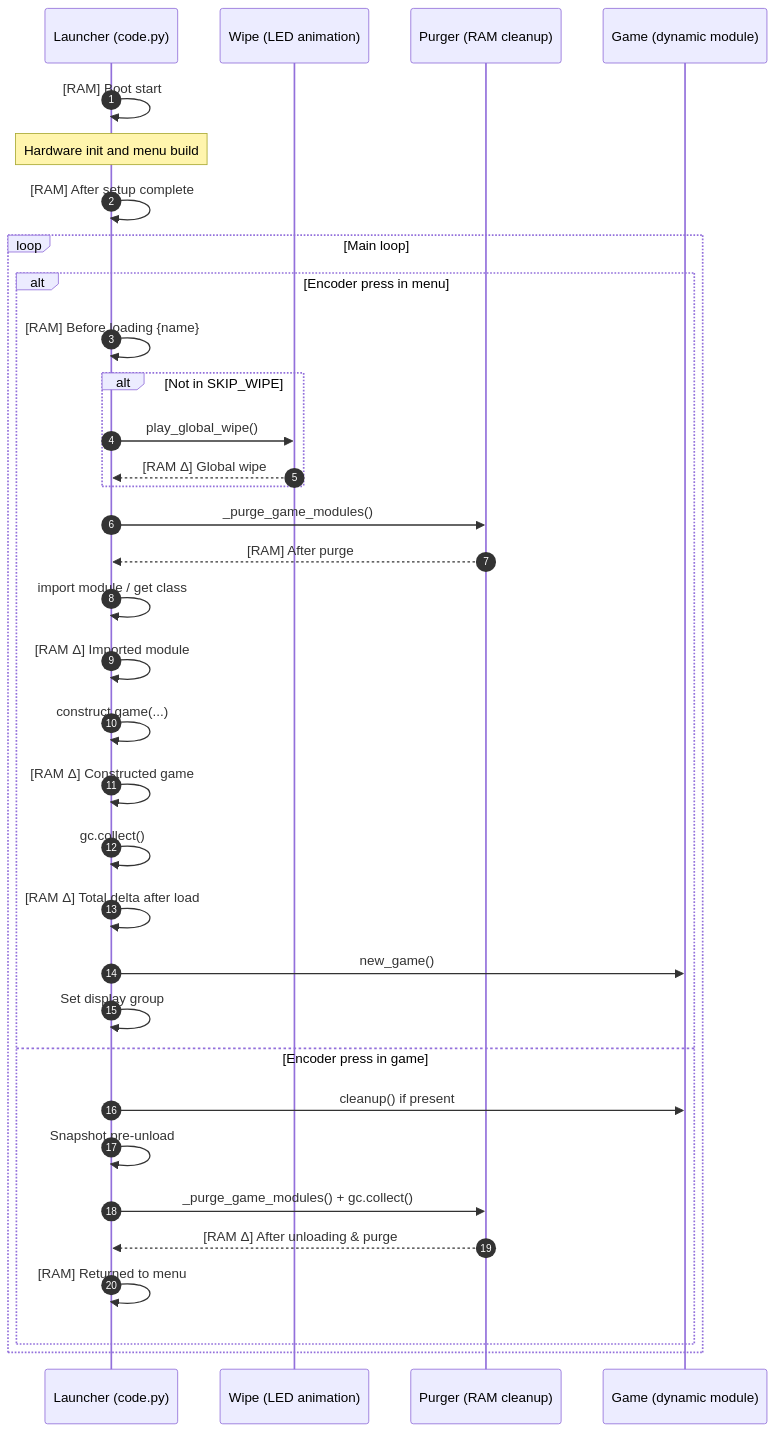
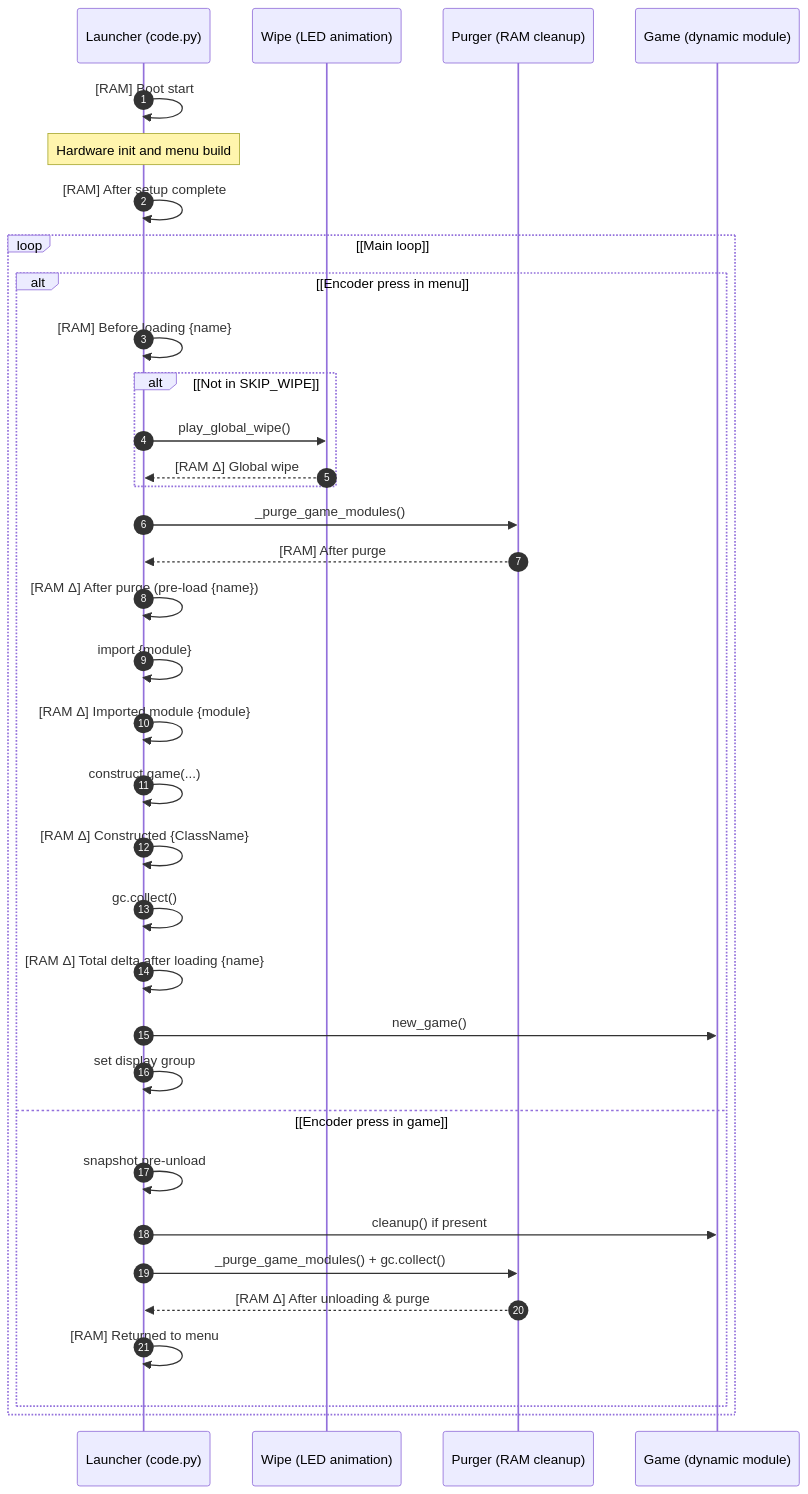
Before and after one commit to mathan416/merlin: the diagram in README_codepy.md, drawn with Mermaid.

Commit message:
Updated diagram

````diff
--- a/README_codepy.md
+++ b/README_codepy.md
@@ -193,49 +193,39 @@
 ```mermaid
 sequenceDiagram
     autonumber
     participant L as Launcher (code.py)
     participant W as Wipe (LED animation)
     participant P as Purger (RAM cleanup)
     participant G as Game (dynamic module)
 
-    %% Boot and initialization
     L->>L: [RAM] Boot start
-    note over L: Hardware init and menu build
+    Note over L: Hardware init and menu build
     L->>L: [RAM] After setup complete
 
-    %% Main loop handles encoder presses
-    loop Main loop
-        alt Encoder press in menu
+    loop [Main loop]
+        alt [Encoder press in menu]
             L->>L: [RAM] Before loading {name}
-
-            %% Optional wipe animation
-            alt Not in SKIP_WIPE
+            alt [Not in SKIP_WIPE]
                 L->>W: play_global_wipe()
                 W-->>L: [RAM Δ] Global wipe
             end
-
-            %% Purge previous game modules
             L->>P: _purge_game_modules()
             P-->>L: [RAM] After purge
-
-            %% Import and construct game
-            L->>L: import module / get class
-            L->>L: [RAM Δ] Imported module
+            L->>L: [RAM Δ] After purge (pre-load {name})
+            L->>L: import {module}
+            L->>L: [RAM Δ] Imported module {module}
             L->>L: construct game(...)
-            L->>L: [RAM Δ] Constructed game
+            L->>L: [RAM Δ] Constructed {ClassName}
             L->>L: gc.collect()
-            L->>L: [RAM Δ] Total delta after load
-
-            %% Start new game and hand over display
+            L->>L: [RAM Δ] Total delta after loading {name}
             L->>G: new_game()
-            L->>L: Set display group
-        else Encoder press in game
-            %% Cleanup and return to menu
+            L->>L: set display group
+        else [Encoder press in game]
+            L->>L: snapshot pre-unload
             L->>G: cleanup() if present
-            L->>L: Snapshot pre-unload
             L->>P: _purge_game_modules() + gc.collect()
             P-->>L: [RAM Δ] After unloading & purge
             L->>L: [RAM] Returned to menu
         end
     end
 ```
````
